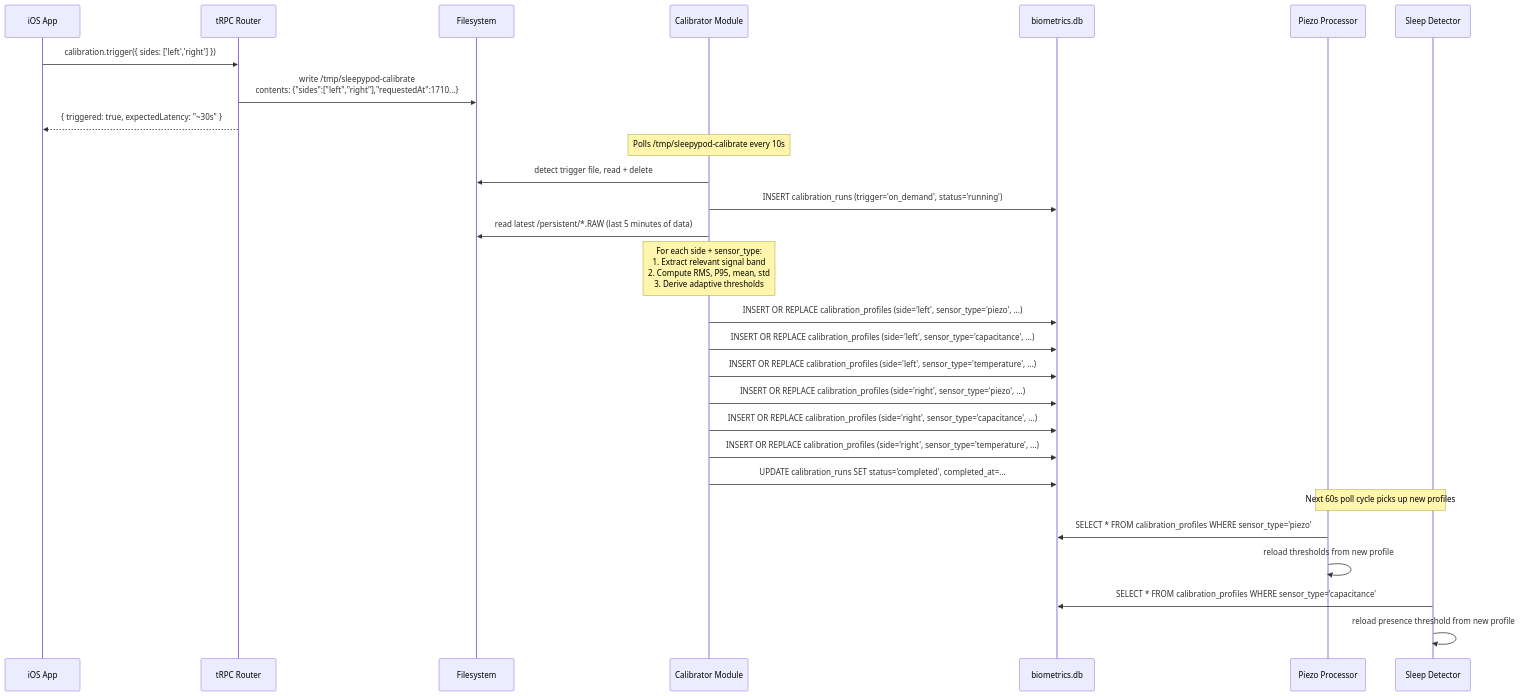
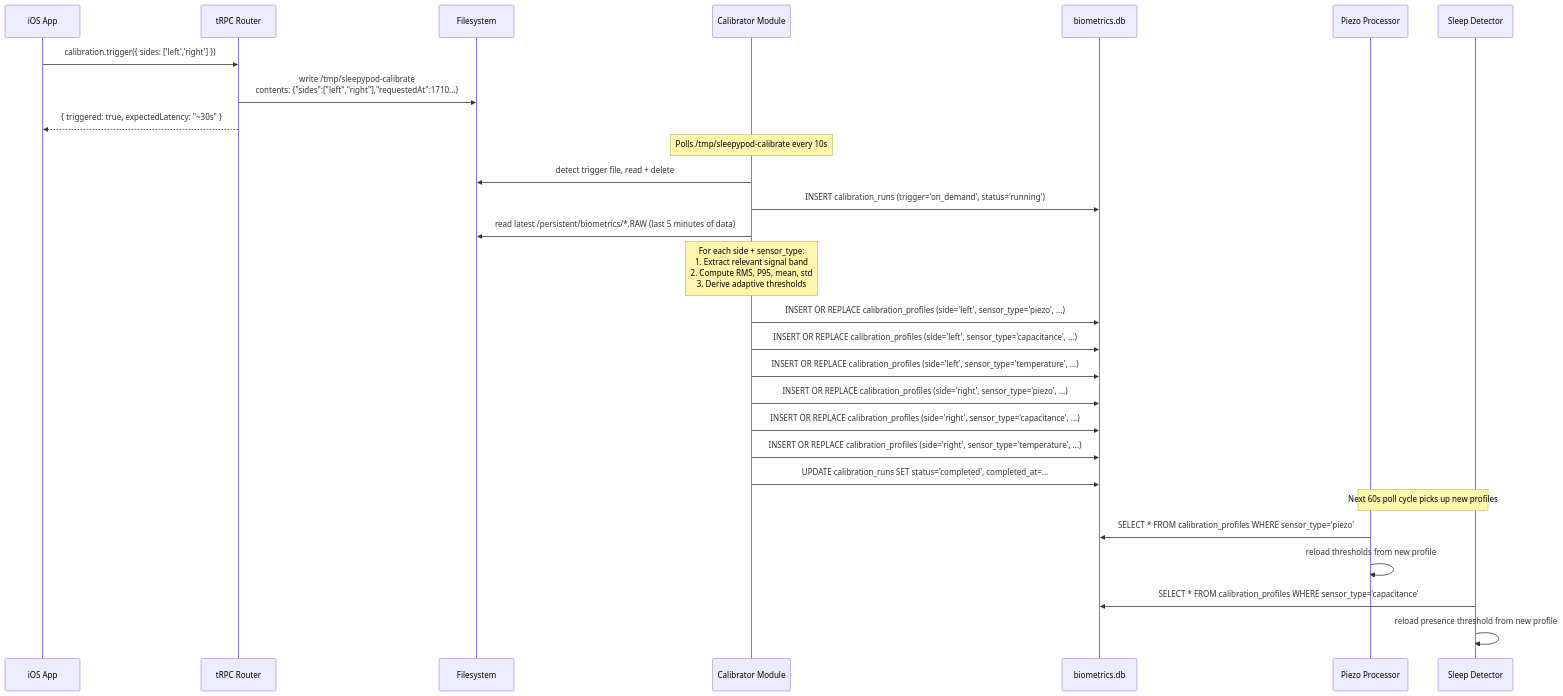
One commit to sleepypod/core changed the second of 3 diagrams in docs/hardware/calibration-architecture.md. Above: the diagram before and after it, drawn with Mermaid. The commit also changed other lines of this file and 3 other files, not shown here.

First line of the commit message:
docs: surface the biometrics tmpfs layer in architecture diagrams

````diff
--- a/docs/hardware/calibration-architecture.md
+++ b/docs/hardware/calibration-architecture.md
@@ -115,37 +115,37 @@
 ```mermaid
 sequenceDiagram
     participant iOS as iOS App
     participant tRPC as tRPC Router
     participant FS as Filesystem
     participant Cal as Calibrator Module
     participant DB as biometrics.db
     participant Piezo as Piezo Processor
     participant Sleep as Sleep Detector
 
     iOS->>tRPC: calibration.trigger({ sides: ['left','right'] })
     tRPC->>FS: write /tmp/sleepypod-calibrate<br/>contents: {"sides":["left","right"],"requestedAt":1710...}
     tRPC-->>iOS: { triggered: true, expectedLatency: "~30s" }
 
     Note over Cal: Polls /tmp/sleepypod-calibrate every 10s
 
     Cal->>FS: detect trigger file, read + delete
     Cal->>DB: INSERT calibration_runs (trigger='on_demand', status='running')
-    Cal->>FS: read latest /persistent/*.RAW (last 5 minutes of data)
+    Cal->>FS: read latest /persistent/biometrics/*.RAW (last 5 minutes of data)
 
     Note over Cal: For each side + sensor_type:<br/>1. Extract relevant signal band<br/>2. Compute RMS, P95, mean, std<br/>3. Derive adaptive thresholds
 
     Cal->>DB: INSERT OR REPLACE calibration_profiles (side='left', sensor_type='piezo', ...)
     Cal->>DB: INSERT OR REPLACE calibration_profiles (side='left', sensor_type='capacitance', ...)
     Cal->>DB: INSERT OR REPLACE calibration_profiles (side='left', sensor_type='temperature', ...)
     Cal->>DB: INSERT OR REPLACE calibration_profiles (side='right', sensor_type='piezo', ...)
     Cal->>DB: INSERT OR REPLACE calibration_profiles (side='right', sensor_type='capacitance', ...)
     Cal->>DB: INSERT OR REPLACE calibration_profiles (side='right', sensor_type='temperature', ...)
     Cal->>DB: UPDATE calibration_runs SET status='completed', completed_at=...
 
     Note over Piezo,Sleep: Next 60s poll cycle picks up new profiles
 
     Piezo->>DB: SELECT * FROM calibration_profiles WHERE sensor_type='piezo'
     Piezo->>Piezo: reload thresholds from new profile
     Sleep->>DB: SELECT * FROM calibration_profiles WHERE sensor_type='capacitance'
     Sleep->>Sleep: reload presence threshold from new profile
 ```
````
